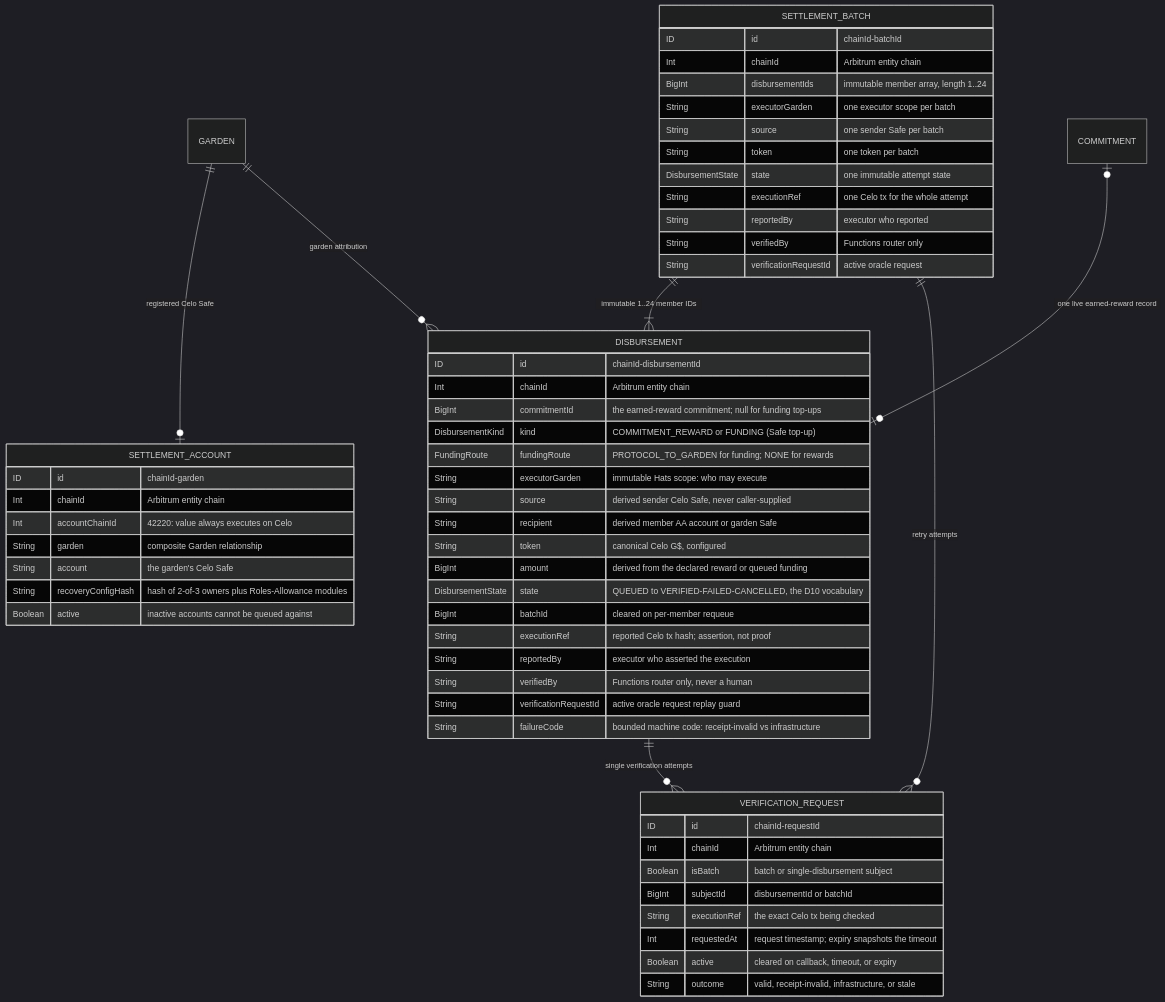
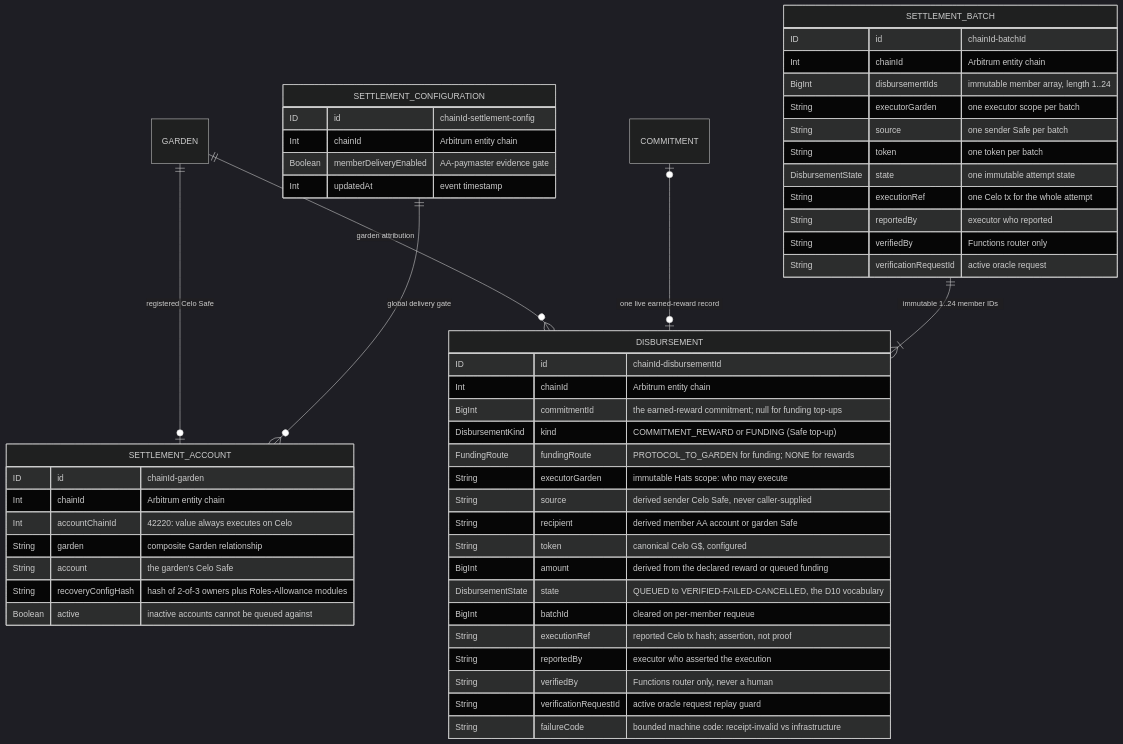
One commit to greenpill-dev-guild/green-goods changed diagram 12 of 18 in .plans/active/commitment-pooling/diagrams.md. Above: the diagram before and after it, drawn with Mermaid (dark theme). The commit also changed other lines of this file and 41 other files, not shown here.

Commit message:
refactor(shared,client): streamline commitment pooling flows

````diff
--- a/.plans/active/commitment-pooling/diagrams.md
+++ b/.plans/active/commitment-pooling/diagrams.md
@@ -584,61 +593,57 @@
 ```mermaid
 erDiagram
   GARDEN ||--o| SETTLEMENT_ACCOUNT : "registered Celo Safe"
   GARDEN ||--o{ DISBURSEMENT : "garden attribution"
   COMMITMENT |o--o| DISBURSEMENT : "one live earned-reward record"
   SETTLEMENT_BATCH ||--|{ DISBURSEMENT : "immutable 1..24 member IDs"
-  SETTLEMENT_BATCH ||--o{ VERIFICATION_REQUEST : "retry attempts"
-  DISBURSEMENT ||--o{ VERIFICATION_REQUEST : "single verification attempts"
+  SETTLEMENT_CONFIGURATION ||--o{ SETTLEMENT_ACCOUNT : "global delivery gate"
+
+  SETTLEMENT_CONFIGURATION {
+    ID id "chainId-settlement-config"
+    Int chainId "Arbitrum entity chain"
+    Boolean memberDeliveryEnabled "AA-paymaster evidence gate"
+    Int updatedAt "event timestamp"
+  }
 
   SETTLEMENT_ACCOUNT {
     ID id "chainId-garden"
     Int chainId "Arbitrum entity chain"
     Int accountChainId "42220: value always executes on Celo"
     String garden "composite Garden relationship"
     String account "the garden's Celo Safe"
     String recoveryConfigHash "hash of 2-of-3 owners plus Roles-Allowance modules"
     Boolean active "inactive accounts cannot be queued against"
   }
   DISBURSEMENT {
     ID id "chainId-disbursementId"
     Int chainId "Arbitrum entity chain"
     BigInt commitmentId "the earned-reward commitment; null for funding top-ups"
     DisbursementKind kind "COMMITMENT_REWARD or FUNDING (Safe top-up)"
     FundingRoute fundingRoute "PROTOCOL_TO_GARDEN for funding; NONE for rewards"
     String executorGarden "immutable Hats scope: who may execute"
     String source "derived sender Celo Safe, never caller-supplied"
     String recipient "derived member AA account or garden Safe"
     String token "canonical Celo G$, configured"
     BigInt amount "derived from the declared reward or queued funding"
     DisbursementState state "QUEUED to VERIFIED-FAILED-CANCELLED, the D10 vocabulary"
     BigInt batchId "cleared on per-member requeue"
     String executionRef "reported Celo tx hash; assertion, not proof"
     String reportedBy "executor who asserted the execution"
     String verifiedBy "Functions router only, never a human"
     String verificationRequestId "active oracle request replay guard"
     String failureCode "bounded machine code: receipt-invalid vs infrastructure"
   }
   SETTLEMENT_BATCH {
     ID id "chainId-batchId"
     Int chainId "Arbitrum entity chain"
     BigInt disbursementIds "immutable member array, length 1..24"
     String executorGarden "one executor scope per batch"
     String source "one sender Safe per batch"
     String token "one token per batch"
     DisbursementState state "one immutable attempt state"
     String executionRef "one Celo tx for the whole attempt"
     String reportedBy "executor who reported"
     String verifiedBy "Functions router only"
     String verificationRequestId "active oracle request"
   }
-  VERIFICATION_REQUEST {
-    ID id "chainId-requestId"
-    Int chainId "Arbitrum entity chain"
-    Boolean isBatch "batch or single-disbursement subject"
-    BigInt subjectId "disbursementId or batchId"
-    String executionRef "the exact Celo tx being checked"
-    Int requestedAt "request timestamp; expiry snapshots the timeout"
-    Boolean active "cleared on callback, timeout, or expiry"
-    String outcome "valid, receipt-invalid, infrastructure, or stale"
-  }
 ```
````
